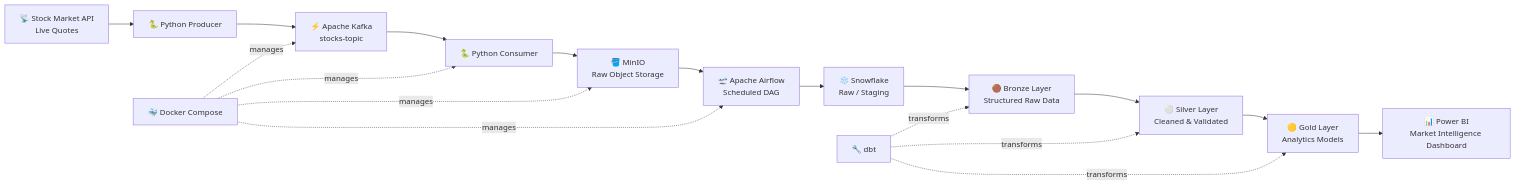
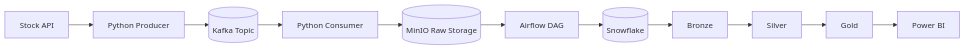
The diagram in README.md (codeefy/StockFlow), drawn with Mermaid before and after one commit. The commit also changed other lines of this file, not shown here.

````diff
--- a/README.md
+++ b/README.md
@@ -42,22 +27,13 @@
 ```mermaid
 flowchart LR
-    A["📡 Stock Market API<br/>Live Quotes"] --> B["🐍 Python Producer"]
-    B --> C["⚡ Apache Kafka<br/>stocks-topic"]
-    C --> D["🐍 Python Consumer"]
-    D --> E["🪣 MinIO<br/>Raw Object Storage"]
-    E --> F["🛫 Apache Airflow<br/>Scheduled DAG"]
-    F --> G["❄️ Snowflake<br/>Raw / Staging"]
-    G --> H["🟤 Bronze Layer<br/>Structured Raw Data"]
-    H --> I["⚪ Silver Layer<br/>Cleaned & Validated"]
-    I --> J["🟡 Gold Layer<br/>Analytics Models"]
-    J --> K["📊 Power BI<br/>Market Intelligence Dashboard"]
-
-    L["🐳 Docker Compose"] -. manages .-> C
-    L -. manages .-> D
-    L -. manages .-> E
-    L -. manages .-> F
-
-    M["🔧 dbt"] -. transforms .-> H
-    M -. transforms .-> I
-    M -. transforms .-> J
+    A[Stock API] --> B[Python Producer]
+    B --> C[(Kafka Topic)]
+    C --> D[Python Consumer]
+    D --> E[(MinIO Raw Storage)]
+    E --> F[Airflow DAG]
+    F --> G[(Snowflake)]
+    G --> H[Bronze]
+    H --> I[Silver]
+    I --> J[Gold]
+    J --> K[Power BI]
 ```
````
